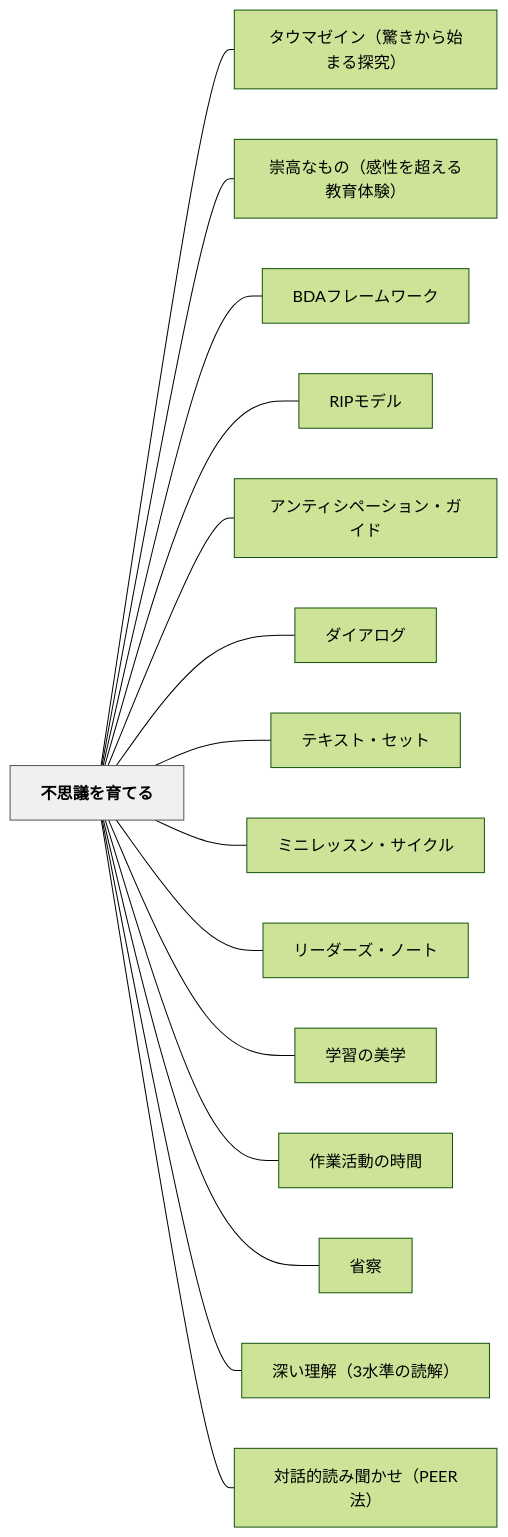
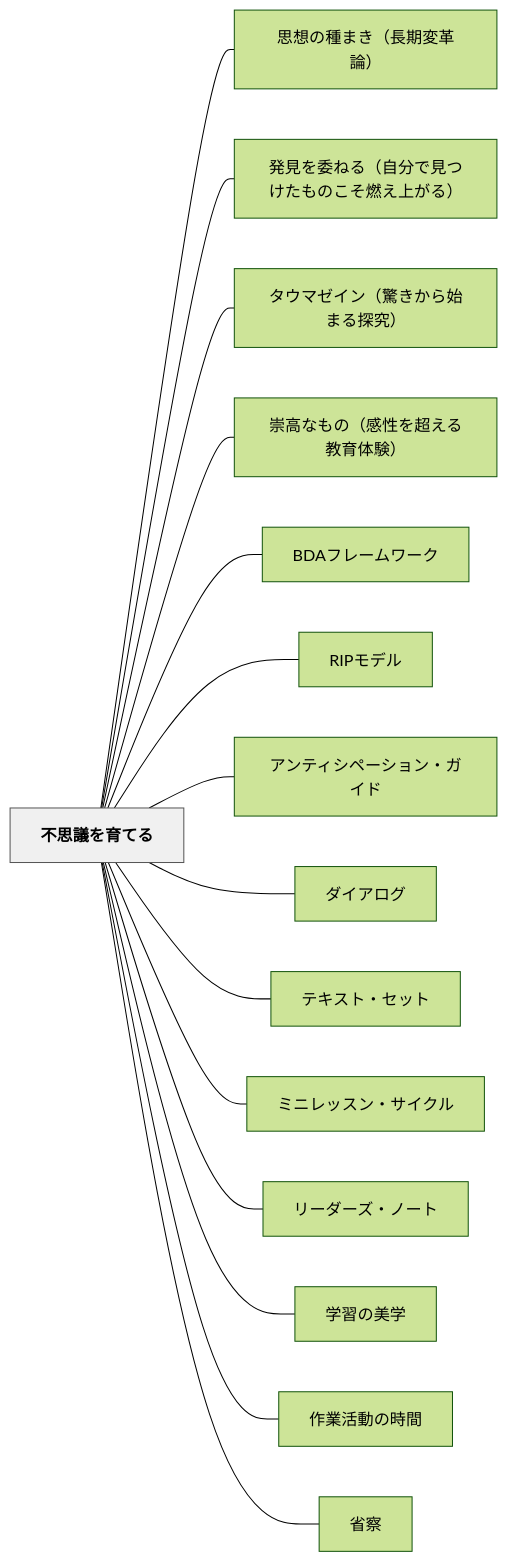
The diagram in content/パタン/不思議を育てる.md (unknownthings-ed-patterns/unknownthings-ed-patterns), drawn with Mermaid (forest theme) before and after one commit. The commit also changed other lines of this file and 185 other files, not shown here.

````diff
--- a/content/パタン/不思議を育てる.md
+++ b/content/パタン/不思議を育てる.md
@@ -207,36 +209,36 @@
 ```mermaid
 flowchart LR
     ne4b88de6809de8adb0e38292e882b2e381a6e3828b["不思議を育てる"]
+    ne6809de683b3e381aee7a8aee381bee3818defbc88e995b7e69c9fe5a489e99da9e8ab96efbc89["思想の種まき（長期変革論）"]
+    ne799bae8a68be38292e5a794e381ade3828befbc88e887aae58886e381a7e8a68be381a4e38191e3819fe38282e381aee38193e3819de78783e38188e4b88ae3818ce3828befbc89["発見を委ねる（自分で見つけたものこそ燃え上がる）"]
     ne382bfe382a6e3839ee382bce382a4e383b3efbc88e9a99ae3818de3818be38289e5a78be381bee3828be68ea2e7a9b6efbc89["タウマゼイン（驚きから始まる探究）"]
     ne5b487e9ab98e381aae38282e381aeefbc88e6849fe680a7e38292e8b685e38188e3828be69599e882b2e4bd93e9a893efbc89["崇高なもの（感性を超える教育体験）"]
     n424441e38395e383ace383bce383a0e383afe383bce382af["BDAフレームワーク"]
     n524950e383a2e38387e383ab["RIPモデル"]
     ne382a2e383b3e38386e382a3e382b7e3839ae383bce382b7e383a7e383b3e383bbe382ace382a4e38389["アンティシペーション・ガイド"]
     ne38380e382a4e382a2e383ade382b0["ダイアログ"]
     ne38386e382ade382b9e38388e383bbe382bbe38383e38388["テキスト・セット"]
     ne3839fe3838be383ace38383e382b9e383b3e383bbe382b5e382a4e382afe383ab["ミニレッスン・サイクル"]
     ne383aae383bce38380e383bce382bae383bbe3838ee383bce38388["リーダーズ・ノート"]
     ne5ada6e7bf92e381aee7be8ee5ada6["学習の美学"]
     ne4bd9ce6a5ade6b4bbe58b95e381aee69982e99693["作業活動の時間"]
     ne79c81e5af9f["省察"]
-    ne6b7b1e38184e79086e8a7a3efbc8833e6b0b4e6ba96e381aee8aaade8a7a3efbc89["深い理解（3水準の読解）"]
-    ne5afbee8a9b1e79a84e8aaade381bfe8819ee3818be3819befbc8850454552e6b395efbc89["対話的読み聞かせ（PEER法）"]
 
+    ne4b88de6809de8adb0e38292e882b2e381a6e3828b --- ne6809de683b3e381aee7a8aee381bee3818defbc88e995b7e69c9fe5a489e99da9e8ab96efbc89
+    ne4b88de6809de8adb0e38292e882b2e381a6e3828b --- ne799bae8a68be38292e5a794e381ade3828befbc88e887aae58886e381a7e8a68be381a4e38191e3819fe38282e381aee38193e3819de78783e38188e4b88ae3818ce3828befbc89
     ne4b88de6809de8adb0e38292e882b2e381a6e3828b --- ne382bfe382a6e3839ee382bce382a4e383b3efbc88e9a99ae3818de3818be38289e5a78be381bee3828be68ea2e7a9b6efbc89
     ne4b88de6809de8adb0e38292e882b2e381a6e3828b --- ne5b487e9ab98e381aae38282e381aeefbc88e6849fe680a7e38292e8b685e38188e3828be69599e882b2e4bd93e9a893efbc89
     ne4b88de6809de8adb0e38292e882b2e381a6e3828b --- n424441e38395e383ace383bce383a0e383afe383bce382af
     ne4b88de6809de8adb0e38292e882b2e381a6e3828b --- n524950e383a2e38387e383ab
     ne4b88de6809de8adb0e38292e882b2e381a6e3828b --- ne382a2e383b3e38386e382a3e382b7e3839ae383bce382b7e383a7e383b3e383bbe382ace382a4e38389
     ne4b88de6809de8adb0e38292e882b2e381a6e3828b --- ne38380e382a4e382a2e383ade382b0
     ne4b88de6809de8adb0e38292e882b2e381a6e3828b --- ne38386e382ade382b9e38388e383bbe382bbe38383e38388
     ne4b88de6809de8adb0e38292e882b2e381a6e3828b --- ne3839fe3838be383ace38383e382b9e383b3e383bbe382b5e382a4e382afe383ab
     ne4b88de6809de8adb0e38292e882b2e381a6e3828b --- ne383aae383bce38380e383bce382bae383bbe3838ee383bce38388
     ne4b88de6809de8adb0e38292e882b2e381a6e3828b --- ne5ada6e7bf92e381aee7be8ee5ada6
     ne4b88de6809de8adb0e38292e882b2e381a6e3828b --- ne4bd9ce6a5ade6b4bbe58b95e381aee69982e99693
     ne4b88de6809de8adb0e38292e882b2e381a6e3828b --- ne79c81e5af9f
-    ne4b88de6809de8adb0e38292e882b2e381a6e3828b --- ne6b7b1e38184e79086e8a7a3efbc8833e6b0b4e6ba96e381aee8aaade8a7a3efbc89
-    ne4b88de6809de8adb0e38292e882b2e381a6e3828b --- ne5afbee8a9b1e79a84e8aaade381bfe8819ee3818be3819befbc8850454552e6b395efbc89
 
     classDef hub fill:#f0f0f0,stroke:#555,color:#000,font-weight:bold
     class ne4b88de6809de8adb0e38292e882b2e381a6e3828b hub
 ```
````
